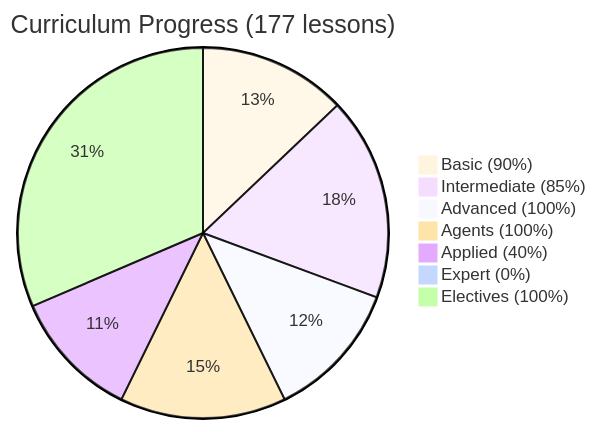
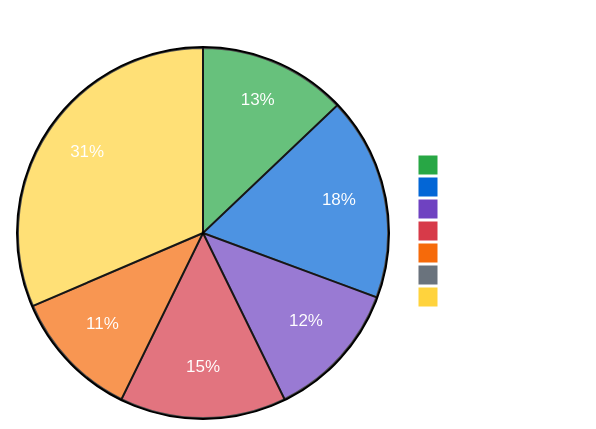
One commit to nexageapps/AI changed the sixth of 21 diagrams in README.md. Above: the diagram before and after it, drawn with Mermaid. The commit also changed other lines of this file and 1 other file, not shown here.

````diff
--- a/README.md
+++ b/README.md
@@ -228,11 +231,11 @@
 ```mermaid
-%%{init: {'theme':'base'}}%%
+%%{init: {'theme':'base', 'themeVariables': {'primaryColor':'#0366d6','primaryTextColor':'#fff','pie1':'#28a745','pie2':'#0366d6','pie3':'#6f42c1','pie4':'#d73a49','pie5':'#f66a0a','pie6':'#6a737d','pie7':'#ffd33d'}}}%%
 pie title Curriculum Progress (177 lessons)
     "Basic (90%)" : 16
     "Intermediate (85%)" : 22
     "Advanced (100%)" : 15
     "Agents (100%)" : 18
     "Applied (40%)" : 14
     "Expert (0%)" : 0
     "Electives (100%)" : 39
 ```
````
